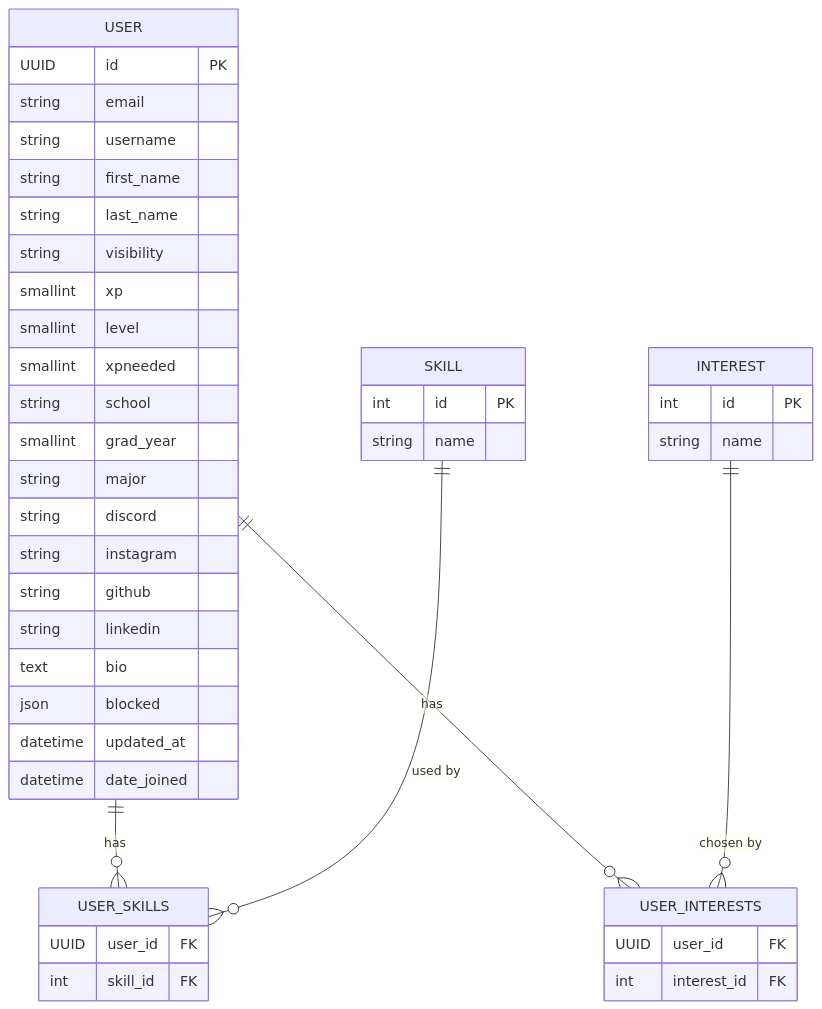
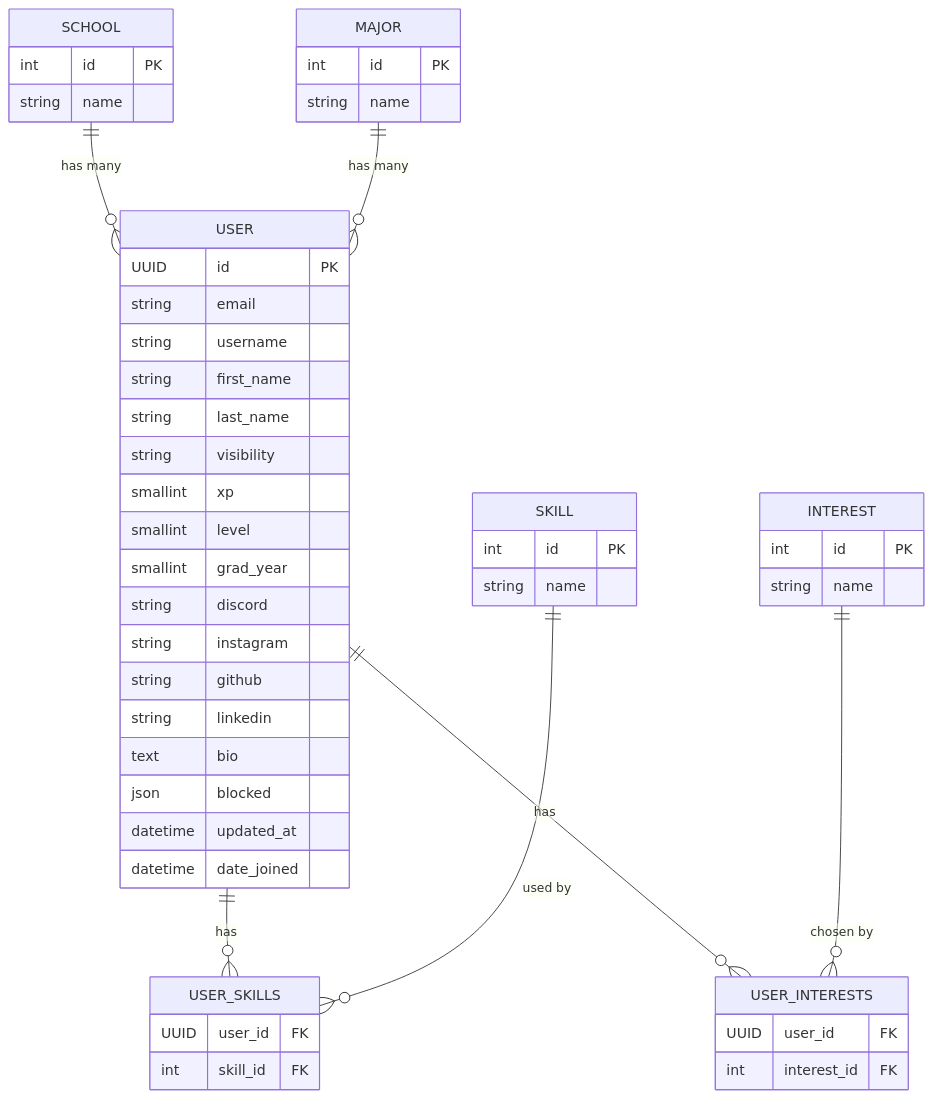
The diagram in backend/README.md (mtj8/bemployed), drawn with Mermaid before and after one commit. The commit also changed 11 other files, not shown here.

````diff
--- a/backend/README.md
+++ b/backend/README.md
@@ -44,51 +44,63 @@
 ```mermaid
 erDiagram
     USER {
         UUID id PK
         string email
         string username
         string first_name
         string last_name
         string visibility
         smallint xp
         smallint level
-        smallint xpneeded
-        string school
         smallint grad_year
-        string major
         string discord
         string instagram
         string github
         string linkedin
         text bio
         json blocked
         datetime updated_at
         datetime date_joined
+    }
+
+    SCHOOL {
+        int id PK
+        string name
+    }
+
+    MAJOR {
+        int id PK
+        string name
     }
 
     SKILL {
         int id PK
         string name
     }
 
     INTEREST {
         int id PK
         string name
     }
 
+    %% --- Many-To-Many Relations ---
     USER ||--o{ USER_SKILLS : "has"
     SKILL ||--o{ USER_SKILLS : "used by"
 
     USER ||--o{ USER_INTERESTS : "has"
     INTEREST ||--o{ USER_INTERESTS : "chosen by"
 
     USER_SKILLS {
         UUID user_id FK
         int skill_id FK
     }
 
     USER_INTERESTS {
         UUID user_id FK
         int interest_id FK
     }
+
+    %% --- Many-To-One ( User -> School/Major ) ---
+    SCHOOL ||--o{ USER : "has many"
+    MAJOR  ||--o{ USER : "has many"
 ```
````
